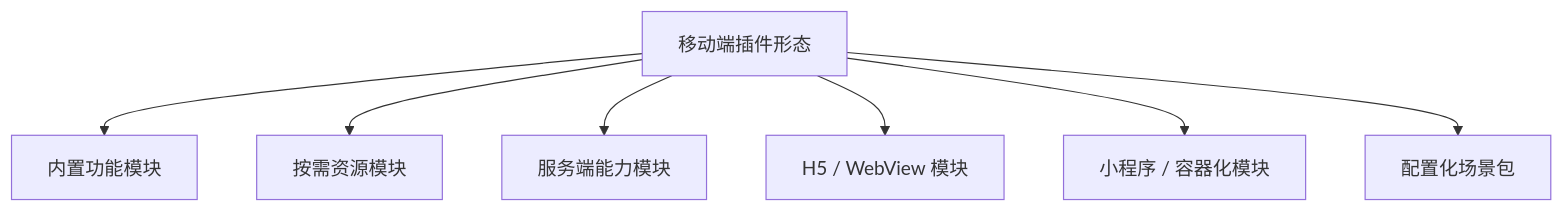
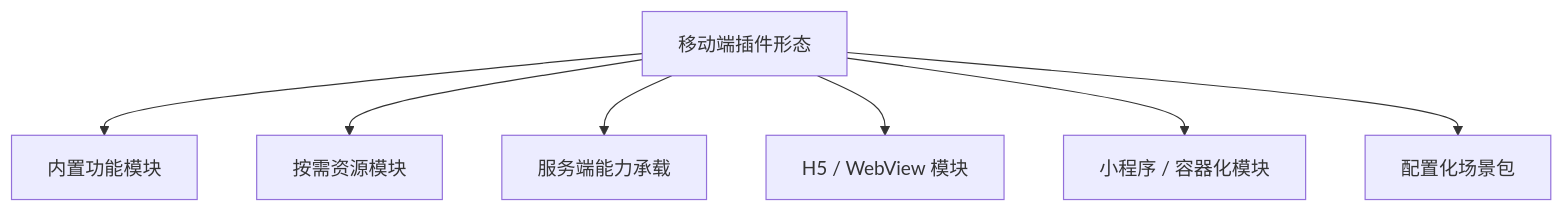
The fourth of 7 diagrams in job/mod/mobile-plugin-modularization.md (XiaoYang1127/dev-doc), drawn with Mermaid before and after one commit. The commit also changed other lines of this file and 5 other files, not shown here.

````diff
--- a/job/mod/mobile-plugin-modularization.md
+++ b/job/mod/mobile-plugin-modularization.md
@@ -205,9 +207,9 @@
 ```mermaid
 flowchart TB
     Plugin[移动端插件形态] --> Native[内置功能模块]
     Plugin --> Resource[按需资源模块]
-    Plugin --> Server[服务端能力模块]
+    Plugin --> Server[服务端能力承载]
     Plugin --> Web[H5 / WebView 模块]
     Plugin --> Container[小程序 / 容器化模块]
     Plugin --> Config[配置化场景包]
 ```
````
